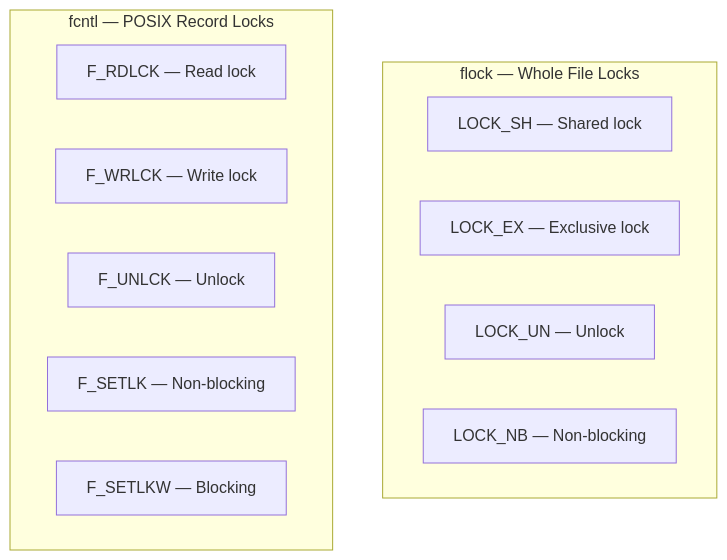
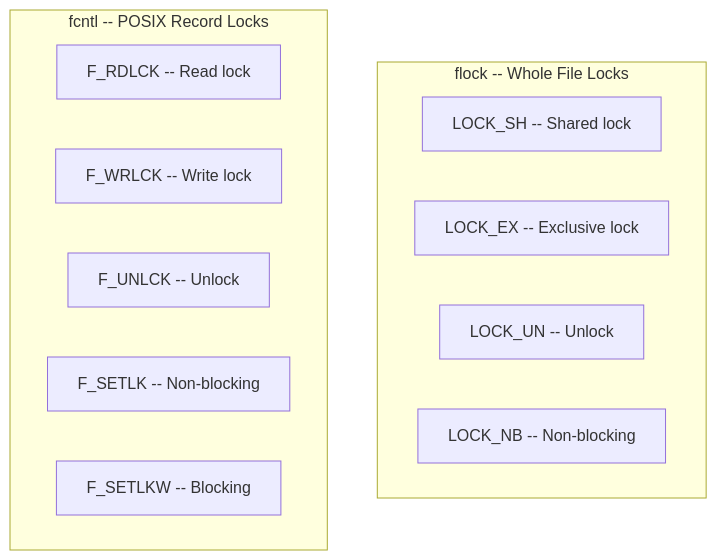
One commit to Abhinav-Kumar012/lb2 changed the seventh of 9 diagrams in src/kernel/filesystems/file-ops.md. Above: the diagram before and after it, drawn with Mermaid. The commit also changed other lines of this file and 211 other files, not shown here.

First line of the commit message:
fix: mermaid syntax issues across 212 files

````diff
--- a/src/kernel/filesystems/file-ops.md
+++ b/src/kernel/filesystems/file-ops.md
@@ -378,16 +378,16 @@
 ```mermaid
 graph TD
-    subgraph "flock — Whole File Locks"
-        FL1[LOCK_SH — Shared lock]
-        FL2[LOCK_EX — Exclusive lock]
-        FL3[LOCK_UN — Unlock]
-        FL4[LOCK_NB — Non-blocking]
+    subgraph "flock -- Whole File Locks"
+        FL1[LOCK_SH -- Shared lock]
+        FL2[LOCK_EX -- Exclusive lock]
+        FL3[LOCK_UN -- Unlock]
+        FL4[LOCK_NB -- Non-blocking]
     end
-    subgraph "fcntl — POSIX Record Locks"
-        FC1[F_RDLCK — Read lock]
-        FC2[F_WRLCK — Write lock]
-        FC3[F_UNLCK — Unlock]
-        FC4[F_SETLK — Non-blocking]
-        FC5[F_SETLKW — Blocking]
+    subgraph "fcntl -- POSIX Record Locks"
+        FC1[F_RDLCK -- Read lock]
+        FC2[F_WRLCK -- Write lock]
+        FC3[F_UNLCK -- Unlock]
+        FC4[F_SETLK -- Non-blocking]
+        FC5[F_SETLKW -- Blocking]
     end
 ```
````
